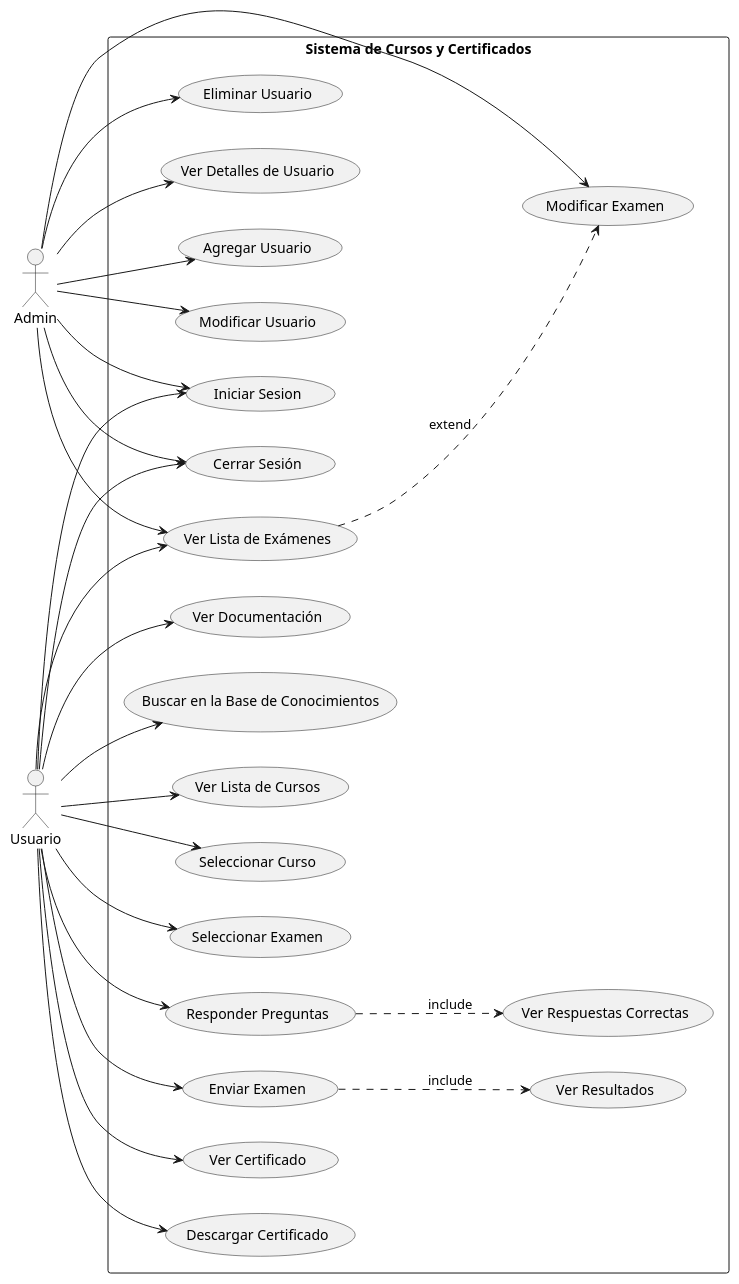
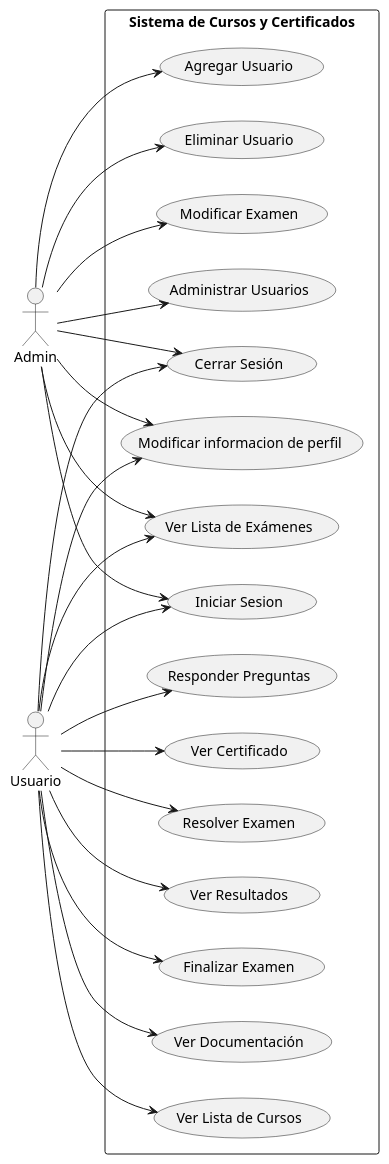
One commit to Carverz/IS-022023_Proyecto-Grupo-4 changed the diagram in docs/useCases/singleUseCase.plantuml. Above: the diagram before and after it, drawn with PlantUML. The commit also changed 3 other files, not shown here.

Commit message:
Modificacion de diagramas de caso de uso y estado

```diff
--- a/docs/useCases/singleUseCase.plantuml
+++ b/docs/useCases/singleUseCase.plantuml
@@ -1,36 +1,34 @@
 @startuml
 left to right direction
 
 actor Admin as A
 actor Usuario as U1
 
 rectangle "Sistema de Cursos y Certificados" {
   
+  A --> (Iniciar Sesion)
+  A --> (Cerrar Sesión)
+  A --> (Administrar Usuarios)
   A --> (Agregar Usuario)
-  A --> (Modificar Usuario)
   A --> (Eliminar Usuario)
-  A --> (Ver Detalles de Usuario)
-  U1 --> (Ver Documentación)
-  U1 --> (Buscar en la Base de Conocimientos)
-  U1 --> (Ver Lista de Cursos)
-  U1 --> (Seleccionar Curso)
-  U1 --> (Ver Lista de Exámenes)
-  U1 --> (Seleccionar Examen)
-  U1 --> (Responder Preguntas)
-  U1 --> (Enviar Examen)
-  U1 --> (Ver Certificado)
-  U1 --> (Descargar Certificado)
   A --> (Ver Lista de Exámenes)
   A --> (Modificar Examen)
+  A --> (Modificar informacion de perfil)
   U1 --> (Iniciar Sesion)
   U1 --> (Cerrar Sesión)
-  A --> (Iniciar Sesion)
-  A --> (Cerrar Sesión)
+  U1 --> (Ver Documentación)
+  U1 --> (Ver Lista de Cursos)
+  U1 --> (Ver Lista de Exámenes)
+  U1 --> (Responder Preguntas)
+  U1 --> (Ver Certificado)
+  U1 --> (Resolver Examen)
+  U1 --> (Ver Resultados)
+  U1--> (Modificar informacion de perfil)
+  U1 --> (Finalizar Examen)
+
 
   
-  (Responder Preguntas) ..> (Ver Respuestas Correctas) : include
-  (Enviar Examen) ..> (Ver Resultados) : include
-  (Ver Lista de Exámenes) ..> (Modificar Examen) : extend
+
 }
 
 @enduml
```
